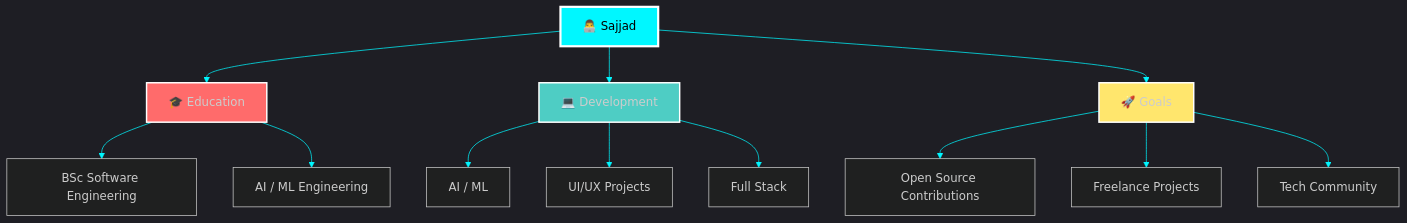
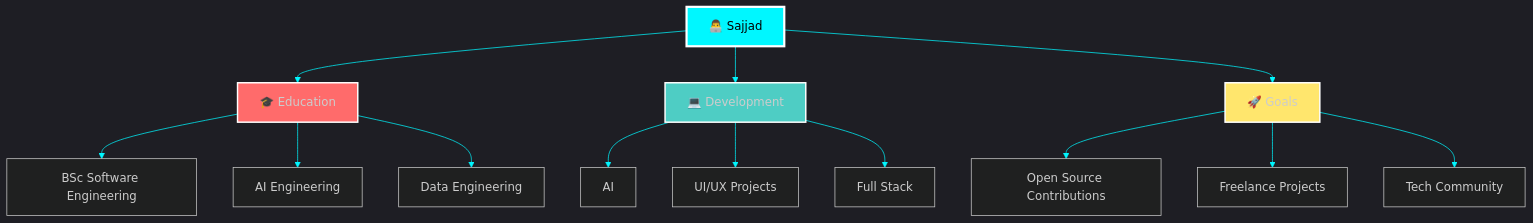
One commit to MHD-SJD/MHD-SJD changed the diagram in README.md. Above: the diagram before and after it, drawn with Mermaid. The commit also changed other lines of this file, not shown here.

````diff
--- a/README.md
+++ b/README.md
@@ -70,24 +71,25 @@
 ```mermaid
 %%{init: {'theme':'dark', 'themeVariables': { 'primaryColor':'#00f7ff','primaryTextColor':'#fff','primaryBorderColor':'#00f7ff','lineColor':'#00f7ff','secondaryColor':'#006064','tertiaryColor':'#0D1117'}}}%%
 graph TB
     A[👨‍💻 Sajjad] --> B[🎓 Education]
     A --> C[💻 Development]
     A --> D[🚀 Goals]
     
     B --> B1[BSc Software Engineering]
-    B --> B2[AI / ML Engineering]
+    B --> B2[AI Engineering]
+    B --> B3[Data Engineering]
     
     
-    C --> C1[AI / ML]
+    C --> C1[AI ]
     C --> C2[UI/UX Projects]
     C --> C3[Full Stack]
     
     D --> D1[Open Source Contributions]
     D --> D2[Freelance Projects]
     D --> D3[Tech Community]
     
     style A fill:#00f7ff,stroke:#fff,stroke-width:3px,color:#000
     style B fill:#ff6b6b,stroke:#fff,stroke-width:2px
     style C fill:#4ecdc4,stroke:#fff,stroke-width:2px
     style D fill:#ffe66d,stroke:#fff,stroke-width:2px
 ```
````
